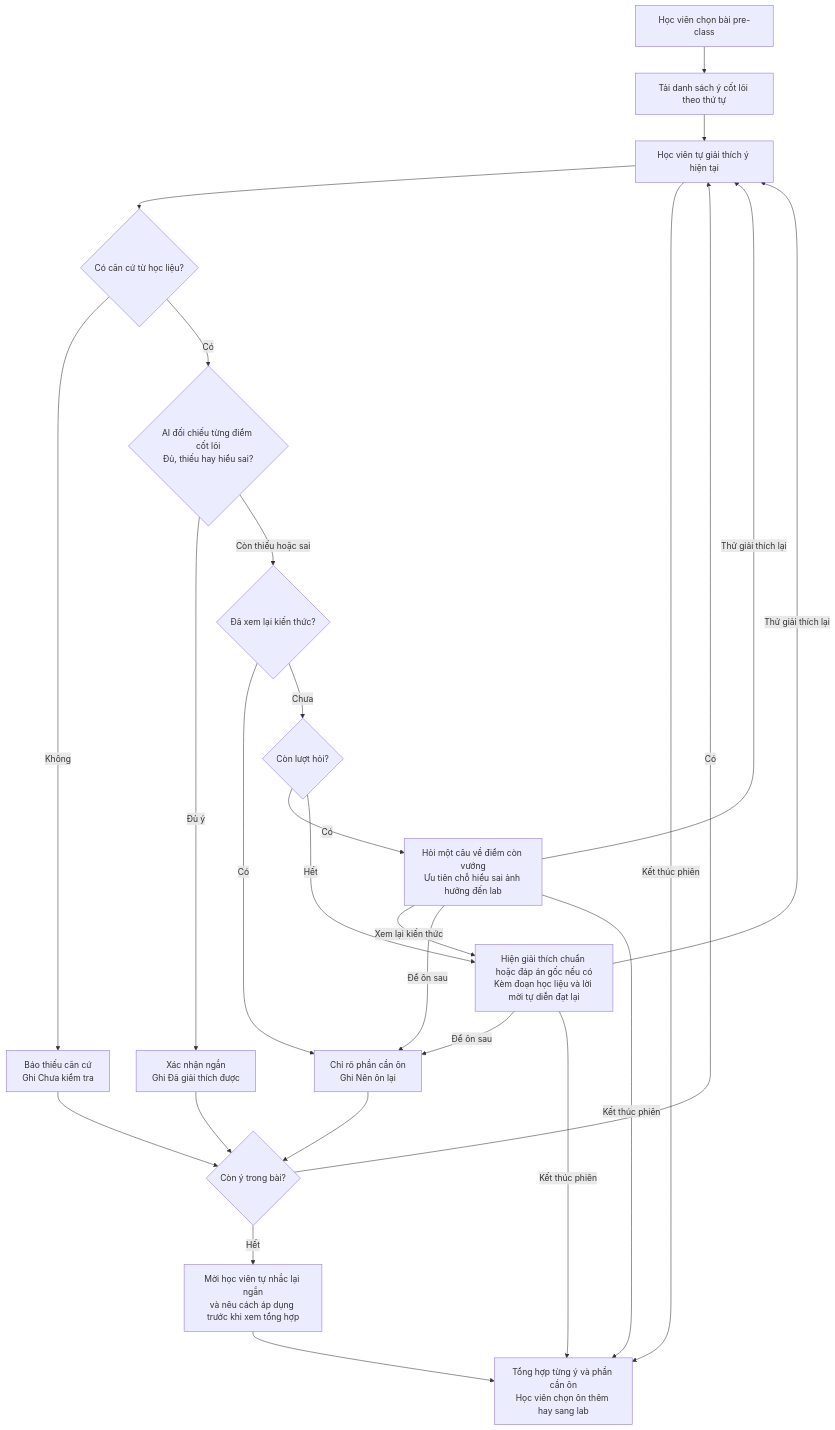
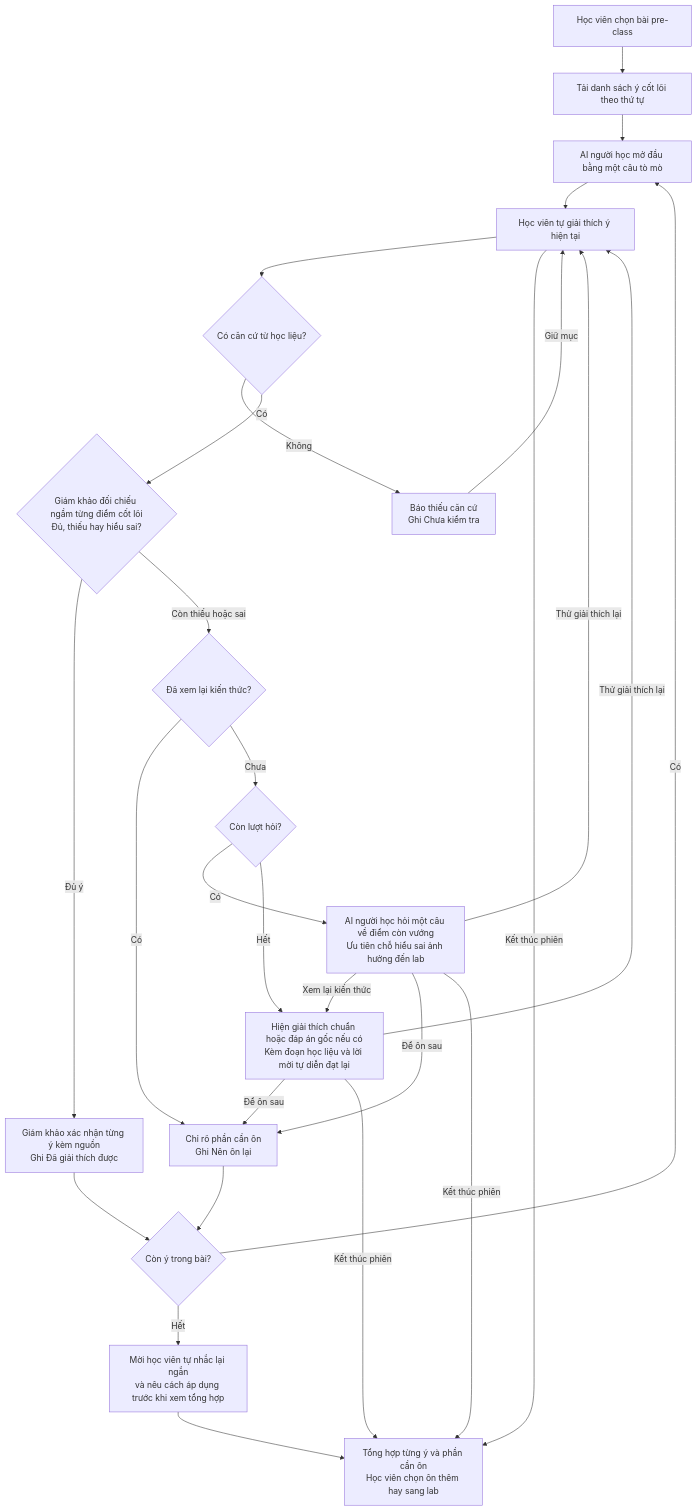
The diagram in spec.md (hnamyud/K5-Day15-L3B-HelloWorld), drawn with Mermaid before and after one commit. The commit also changed other lines of this file and 23 other files, not shown here.

````diff
--- a/spec.md
+++ b/spec.md
@@ -74,28 +74,29 @@
 ```mermaid
 flowchart TD
   A["Học viên chọn bài pre-class"] --> B["Tải danh sách ý cốt lõi theo thứ tự"]
-  B --> C["Học viên tự giải thích ý hiện tại"]
+  B --> P["AI người học mở đầu bằng một câu tò mò"]
+  P --> C["Học viên tự giải thích ý hiện tại"]
   C --> D{"Có căn cứ từ học liệu?"}
   D -- Không --> R["Báo thiếu căn cứ<br/>Ghi Chưa kiểm tra"]
-  D -- Có --> H{"AI đối chiếu từng điểm cốt lõi<br/>Đủ, thiếu hay hiểu sai?"}
-  H -- Đủ ý --> O["Xác nhận ngắn<br/>Ghi Đã giải thích được"]
+  D -- Có --> H{"Giám khảo đối chiếu ngầm từng điểm cốt lõi<br/>Đủ, thiếu hay hiểu sai?"}
+  H -- Đủ ý --> O["Giám khảo xác nhận từng ý kèm nguồn<br/>Ghi Đã giải thích được"]
   H -- Còn thiếu hoặc sai --> L{"Đã xem lại kiến thức?"}
   L -- Có --> N["Chỉ rõ phần cần ôn<br/>Ghi Nên ôn lại"]
   L -- Chưa --> Q{"Còn lượt hỏi?"}
-  Q -- Có --> G["Hỏi một câu về điểm còn vướng<br/>Ưu tiên chỗ hiểu sai ảnh hưởng đến lab"]
+  Q -- Có --> G["AI người học hỏi một câu về điểm còn vướng<br/>Ưu tiên chỗ hiểu sai ảnh hưởng đến lab"]
   Q -- Hết --> X["Hiện giải thích chuẩn hoặc đáp án gốc nếu có<br/>Kèm đoạn học liệu và lời mời tự diễn đạt lại"]
   G -- Thử giải thích lại --> C
   G -- Xem lại kiến thức --> X
   G -- Để ôn sau --> N
   G -- Kết thúc phiên --> E
   X -- Thử giải thích lại --> C
   X -- Để ôn sau --> N
   X -- Kết thúc phiên --> E
   C -- Kết thúc phiên --> E
   O --> T{"Còn ý trong bài?"}
   N --> T
-  R --> T
-  T -- Có --> C
+  R -- Giữ mục --> C
+  T -- Có --> P
   T -- Hết --> F["Mời học viên tự nhắc lại ngắn<br/>và nêu cách áp dụng trước khi xem tổng hợp"]
   F --> E["Tổng hợp từng ý và phần cần ôn<br/>Học viên chọn ôn thêm hay sang lab"]
 ```
````
